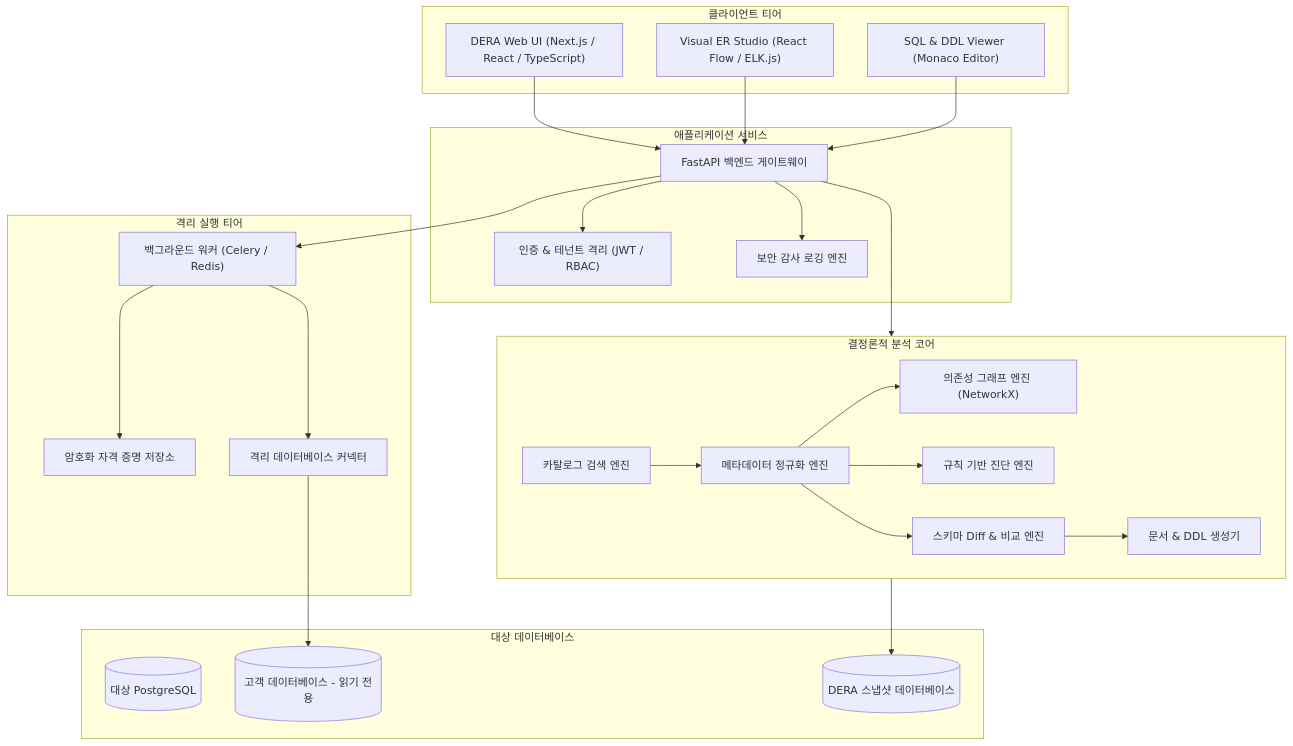
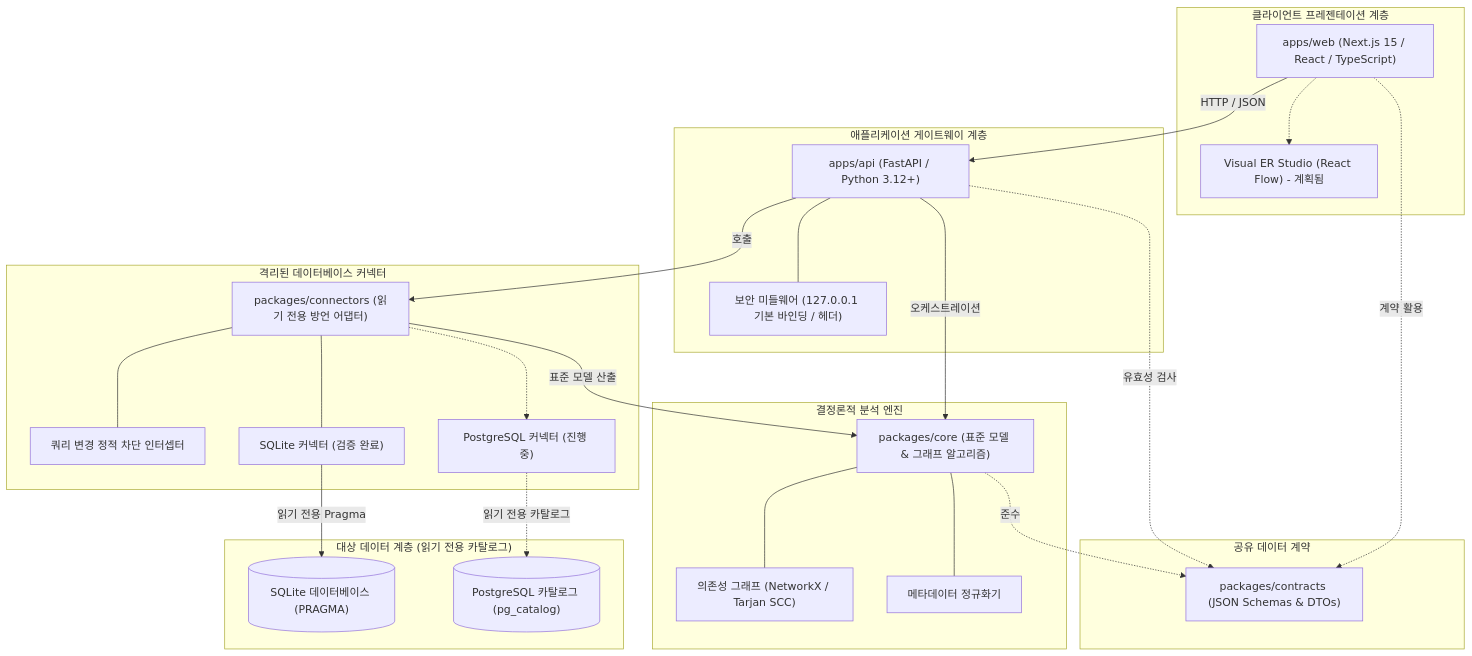
One commit to krishanth7/dera changed the diagram in docs/i18n/README.ko.md. Above: the diagram before and after it, drawn with Mermaid. The commit also changed other lines of this file and 2 other files, not shown here.

````diff
--- a/docs/i18n/README.ko.md
+++ b/docs/i18n/README.ko.md
@@ -200,52 +148,51 @@
 ```mermaid
 flowchart TD
-    subgraph Client["클라이언트 티어"]
-        UI["DERA Web UI (Next.js / React / TypeScript)"]
-        ERD["Visual ER Studio (React Flow / ELK.js)"]
-        Monaco["SQL & DDL Viewer (Monaco Editor)"]
+    subgraph Client_Tier["클라이언트 프레젠테이션 계층"]
+        WEB["apps/web (Next.js 15 / React / TypeScript)"]
+        STUDIO["Visual ER Studio (React Flow) - 계획됨"]
+        WEB -.-> STUDIO
     end
 
-    subgraph Gateway["애플리케이션 서비스"]
-        API["FastAPI 백엔드 게이트웨이"]
-        Auth["인증 & 테넌트 격리 (JWT / RBAC)"]
-        Audit["보안 감사 로깅 엔진"]
+    subgraph API_Tier["애플리케이션 게이트웨이 계층"]
+        API["apps/api (FastAPI / Python 3.12+)"]
+        MW["보안 미들웨어 (127.0.0.1 기본 바인딩 / 헤더)"]
+        API --- MW
     end
 
-    subgraph Core["결정론적 분석 코어"]
-        Discovery["카탈로그 검색 엔진"]
-        Normalizer["메타데이터 정규화 엔진"]
-        GraphEngine["의존성 그래프 엔진 (NetworkX)"]
-        DiagEngine["규칙 기반 진단 엔진"]
-        DiffEngine["스키마 Diff & 비교 엔진"]
-        ExportEngine["문서 & DDL 생성기"]
+    subgraph Contracts_Tier["공유 데이터 계약"]
+        CONTRACTS["packages/contracts (JSON Schemas & DTOs)"]
     end
 
-    subgraph Worker["격리 실행 티어"]
-        Celery["백그라운드 워커 (Celery / Redis)"]
-        Vault["암호화 자격 증명 저장소"]
-        Connectors["격리 데이터베이스 커넥터"]
+    subgraph Core_Tier["결정론적 분석 엔진"]
+        CORE["packages/core (표준 모델 & 그래프 알고리즘)"]
+        DAG["의존성 그래프 (NetworkX / Tarjan SCC)"]
+        NORM["메타데이터 정규화기"]
+        CORE --- DAG
+        CORE --- NORM
     end
 
-    subgraph Databases["대상 데이터베이스"]
-        PG[(대상 PostgreSQL)]
-        CustomerDB[(고객 데이터베이스 - 읽기 전용)]
-        Storage[(DERA 스냅샷 데이터베이스)]
+    subgraph Connectors_Tier["격리된 데이터베이스 커넥터"]
+        CONN["packages/connectors (읽기 전용 방언 어댑터)"]
+        GUARD["쿼리 변경 정적 차단 인터셉터"]
+        SQLITE["SQLite 커넥터 (검증 완료)"]
+        PG["PostgreSQL 커넥터 (진행 중)"]
+        CONN --- GUARD
+        CONN --- SQLITE
+        CONN -.-> PG
     end
 
-    UI --> API
-    ERD --> API
-    Monaco --> API
-    API --> Auth
-    API --> Audit
-    API --> Core
-    API --> Celery
-    Celery --> Vault
-    Celery --> Connectors
-    Connectors --> CustomerDB
-    Core --> Storage
-    Discovery --> Normalizer
-    Normalizer --> GraphEngine
-    Normalizer --> DiagEngine
-    Normalizer --> DiffEngine
-    DiffEngine --> ExportEngine
+    subgraph Target_DBs["대상 데이터 계층 (읽기 전용 카탈로그)"]
+        TARGET_SQLITE[("SQLite 데이터베이스 (PRAGMA)")]
+        TARGET_PG[("PostgreSQL 카탈로그 (pg_catalog)")]
+    end
+
+    WEB -->|HTTP / JSON| API
+    WEB -.->|계약 활용| CONTRACTS
+    API -->|오케스트레이션| CORE
+    API -->|호출| CONN
+    API -.->|유효성 검사| CONTRACTS
+    CORE -.->|준수| CONTRACTS
+    CONN -->|표준 모델 산출| CORE
+    SQLITE -->|읽기 전용 Pragma| TARGET_SQLITE
+    PG -.->|읽기 전용 카탈로그| TARGET_PG
 ```
````
